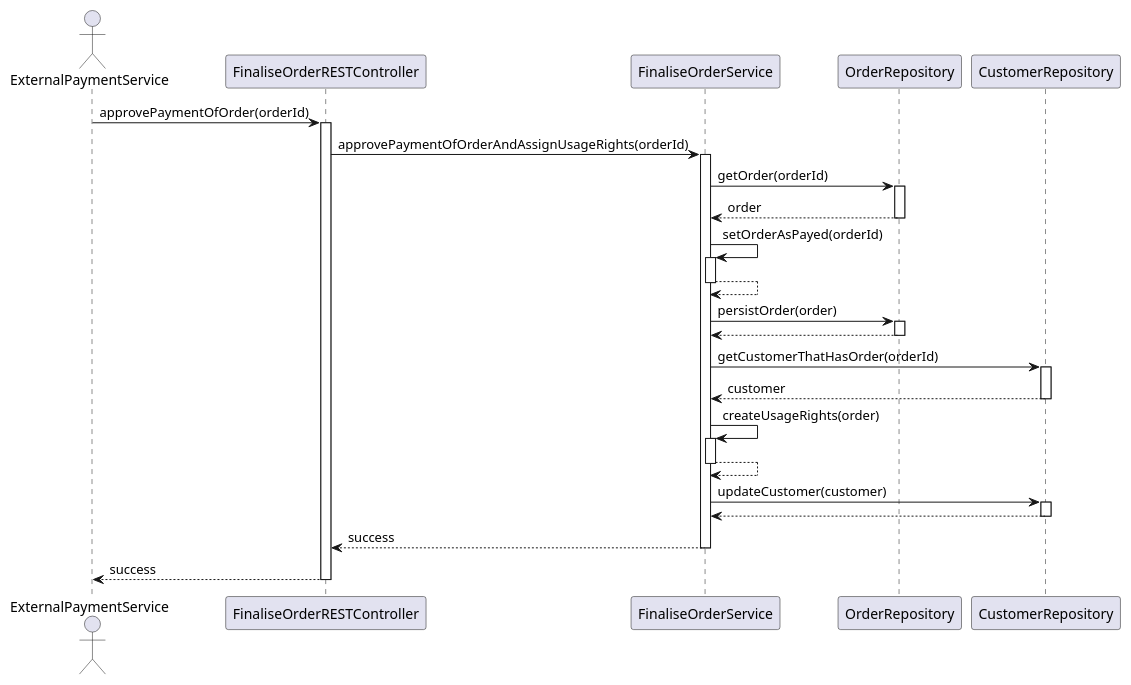
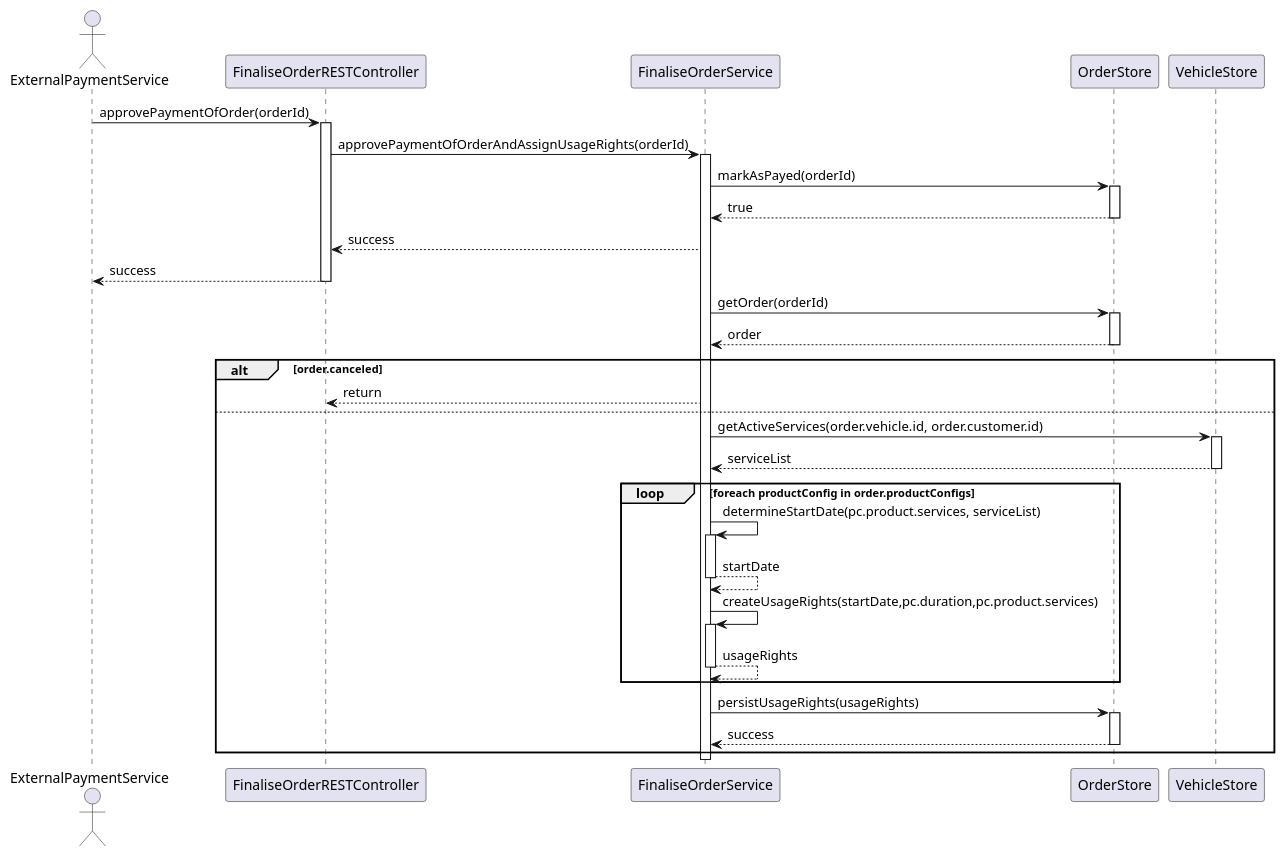
The second of 2 diagrams in Phase 2/MoTraCoCa/UML/Neue Anforderungen/Sequence(FinaliseOrder).puml (ljbg1996/car-backend), drawn with PlantUML before and after one commit. The commit also changed other lines of this file and 9 other files, not shown here.

Commit message:
UML Anpassung an Anforderungen

```diff
--- a/Phase 2/MoTraCoCa/UML/Neue Anforderungen/Sequence(FinaliseOrder).puml
+++ b/Phase 2/MoTraCoCa/UML/Neue Anforderungen/Sequence(FinaliseOrder).puml
@@ -1,50 +14,53 @@
 @startuml
 
 actor ExternalPaymentService
 
 ExternalPaymentService -> FinaliseOrderRESTController : approvePaymentOfOrder(orderId)
 activate FinaliseOrderRESTController
 
 FinaliseOrderRESTController -> FinaliseOrderService : approvePaymentOfOrderAndAssignUsageRights(orderId)
 activate FinaliseOrderService
 
-FinaliseOrderService -> OrderRepository : getOrder(orderId)
-activate OrderRepository
-OrderRepository --> FinaliseOrderService : order
-deactivate OrderRepository
+FinaliseOrderService -> OrderStore : markAsPayed(orderId)
+activate OrderStore
+OrderStore --> FinaliseOrderService : true
+deactivate OrderStore
+FinaliseOrderService --> FinaliseOrderRESTController : success
+FinaliseOrderRESTController --> ExternalPaymentService : success
+    deactivate FinaliseOrderRESTController
 
-FinaliseOrderService -> FinaliseOrderService : setOrderAsPayed(orderId)
-activate FinaliseOrderService
-FinaliseOrderService --> FinaliseOrderService
+FinaliseOrderService -> OrderStore : getOrder(orderId)
+activate OrderStore
+OrderStore --> FinaliseOrderService : order
+deactivate OrderStore
+
+alt order.canceled
+    FinaliseOrderService --> FinaliseOrderRESTController : return
+else
+    FinaliseOrderService -> VehicleStore : getActiveServices(order.vehicle.id, order.customer.id)
+    activate VehicleStore
+    VehicleStore --> FinaliseOrderService : serviceList
+    deactivate VehicleStore
+
+    loop foreach productConfig in order.productConfigs
+
+        FinaliseOrderService -> FinaliseOrderService : determineStartDate(pc.product.services, serviceList)
+        activate FinaliseOrderService
+        FinaliseOrderService --> FinaliseOrderService : startDate
+        deactivate FinaliseOrderService
+
+        FinaliseOrderService -> FinaliseOrderService : createUsageRights(startDate,pc.duration,pc.product.services)
+        activate FinaliseOrderService
+        FinaliseOrderService --> FinaliseOrderService : usageRights
+        deactivate FinaliseOrderService
+
+    end
+        FinaliseOrderService -> OrderStore : persistUsageRights(usageRights)
+        activate OrderStore
+        OrderStore --> FinaliseOrderService : success
+        deactivate OrderStore
+end
+
 deactivate FinaliseOrderService
 
-FinaliseOrderService -> OrderRepository : persistOrder(order)
-activate OrderRepository
-OrderRepository --> FinaliseOrderService
-deactivate OrderRepository
-
-FinaliseOrderService -> CustomerRepository : getCustomerThatHasOrder(orderId)
-activate CustomerRepository
-
-CustomerRepository --> FinaliseOrderService : customer
-deactivate CustomerRepository
-
-FinaliseOrderService -> FinaliseOrderService : createUsageRights(order)
-activate FinaliseOrderService
-
-FinaliseOrderService --> FinaliseOrderService
-deactivate FinaliseOrderService
-
-FinaliseOrderService -> CustomerRepository : updateCustomer(customer)
-activate CustomerRepository
-
-CustomerRepository --> FinaliseOrderService
-deactivate CustomerRepository
-
-FinaliseOrderService --> FinaliseOrderRESTController : success
-deactivate FinaliseOrderService
-
-FinaliseOrderRESTController --> ExternalPaymentService : success
-deactivate FinaliseOrderRESTController
-
 @enduml
```
